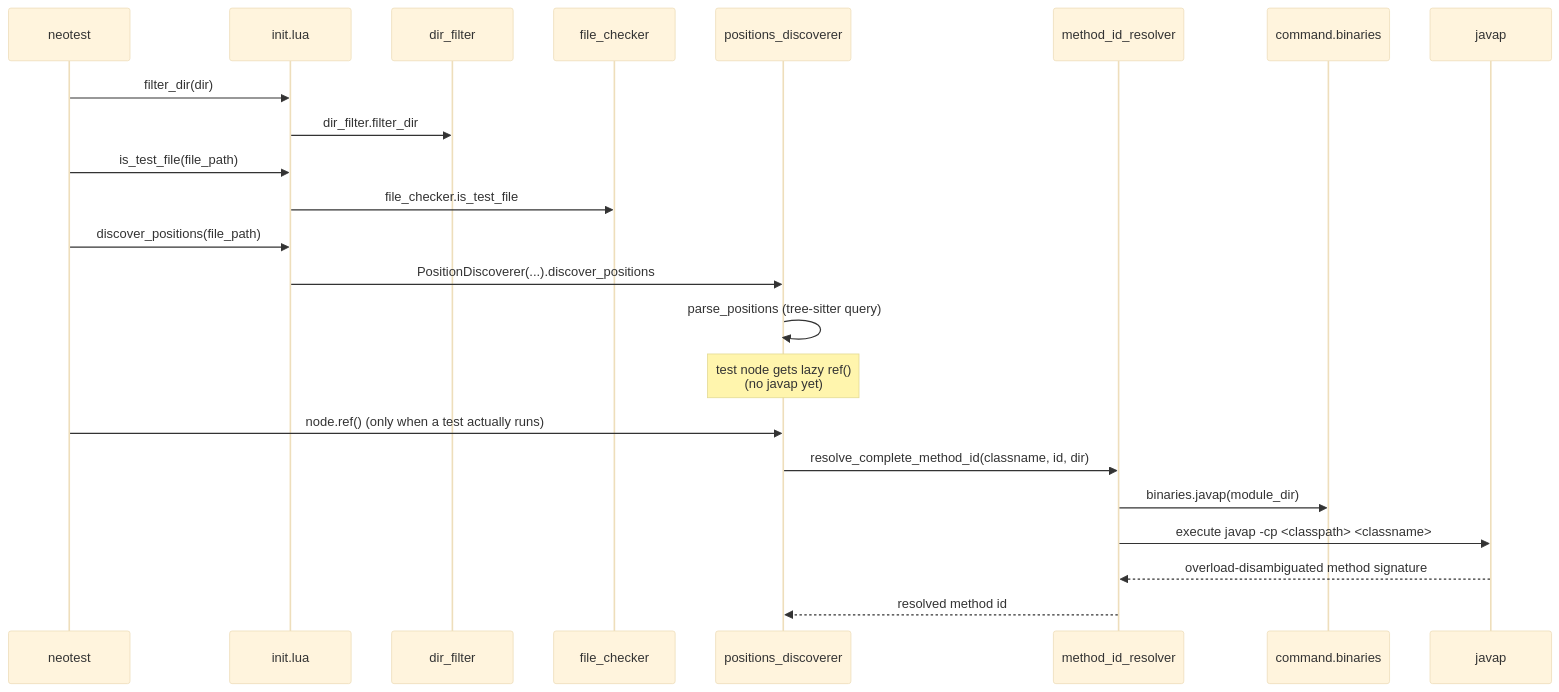
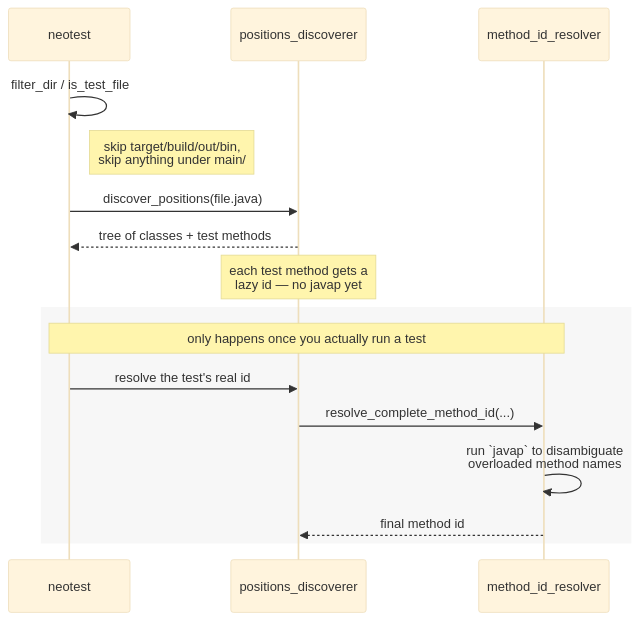
Before and after one commit to rcasia/neotest-java: the first of 5 diagrams in ARCHITECTURE.md, drawn with Mermaid (base theme). The commit also changed other lines of this file, not shown here.

First line of the commit message:
docs: restructure ARCHITECTURE.md around flows, drop layering diagram

````diff
--- a/ARCHITECTURE.md
+++ b/ARCHITECTURE.md
@@ -140,26 +30,20 @@
 ```mermaid
 sequenceDiagram
     participant neotest
-    participant init as init.lua
-    participant filter as dir_filter
-    participant checker as file_checker
     participant discoverer as positions_discoverer
     participant resolver as method_id_resolver
-    participant binaries as command.binaries
-    participant javap
 
-    neotest->>init: filter_dir(dir)
-    init->>filter: dir_filter.filter_dir
-    neotest->>init: is_test_file(file_path)
-    init->>checker: file_checker.is_test_file
-    neotest->>init: discover_positions(file_path)
-    init->>discoverer: PositionDiscoverer(...).discover_positions
-    discoverer->>discoverer: parse_positions (tree-sitter query)
-    Note over discoverer: test node gets lazy ref()<br/>(no javap yet)
-    neotest->>discoverer: node.ref() (only when a test actually runs)
-    discoverer->>resolver: resolve_complete_method_id(classname, id, dir)
-    resolver->>binaries: binaries.javap(module_dir)
-    resolver->>javap: execute javap -cp <classpath> <classname>
-    javap-->>resolver: overload-disambiguated method signature
-    resolver-->>discoverer: resolved method id
+    neotest->>neotest: filter_dir / is_test_file
+    Note right of neotest: skip target/build/out/bin,<br/>skip anything under main/
+    neotest->>discoverer: discover_positions(file.java)
+    discoverer-->>neotest: tree of classes + test methods
+    Note over discoverer: each test method gets a<br/>lazy id — no javap yet
+
+    rect rgba(200, 200, 200, 0.15)
+    Note over neotest,resolver: only happens once you actually run a test
+    neotest->>discoverer: resolve the test's real id
+    discoverer->>resolver: resolve_complete_method_id(...)
+    resolver->>resolver: run `javap` to disambiguate<br/>overloaded method names
+    resolver-->>discoverer: final method id
+    end
 ```
````
